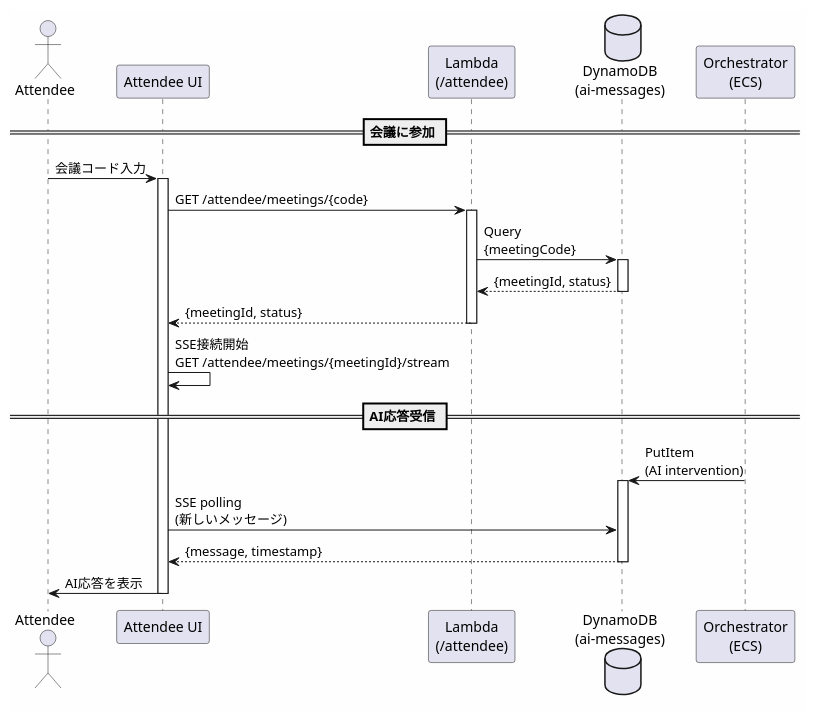
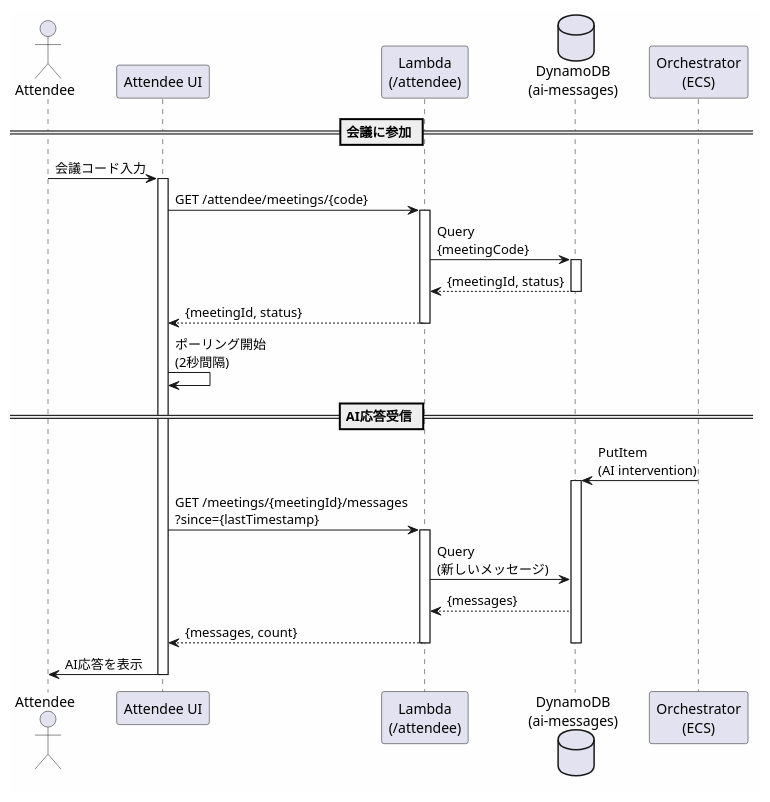
The second of 2 diagrams in docs/adr/0015-meeting-lifecycle-and-ui-design.md (yattom/timtam), drawn with PlantUML before and after one commit. The commit also changed other lines of this file, not shown here.

````diff
--- a/docs/adr/0015-meeting-lifecycle-and-ui-design.md
+++ b/docs/adr/0015-meeting-lifecycle-and-ui-design.md
@@ -203,42 +266,46 @@
 ```plantuml
 @startuml
 skinparam backgroundColor #FEFEFE
 
 actor "Attendee" as Attendee
 participant "Attendee UI" as UI
 participant "Lambda\n(/attendee)" as Lambda
 database "DynamoDB\n(ai-messages)" as DDB
 participant "Orchestrator\n(ECS)" as Orchestrator
 
 == 会議に参加 ==
 
 Attendee -> UI: 会議コード入力
 activate UI
 
 UI -> Lambda: GET /attendee/meetings/{code}
 activate Lambda
 
 Lambda -> DDB: Query\n{meetingCode}
 activate DDB
 DDB --> Lambda: {meetingId, status}
 deactivate DDB
 
 Lambda --> UI: {meetingId, status}
 deactivate Lambda
 
-UI -> UI: SSE接続開始\nGET /attendee/meetings/{meetingId}/stream
+UI -> UI: ポーリング開始\n(2秒間隔)
 
 == AI応答受信 ==
 
 Orchestrator -> DDB: PutItem\n(AI intervention)
 activate DDB
 
-UI -> DDB: SSE polling\n(新しいメッセージ)
-DDB --> UI: {message, timestamp}
+UI -> Lambda: GET /meetings/{meetingId}/messages\n?since={lastTimestamp}
+activate Lambda
+Lambda -> DDB: Query\n(新しいメッセージ)
+DDB --> Lambda: {messages}
+Lambda --> UI: {messages, count}
+deactivate Lambda
 deactivate DDB
 
 UI -> Attendee: AI応答を表示
 deactivate UI
 
 @enduml
 ```
````
